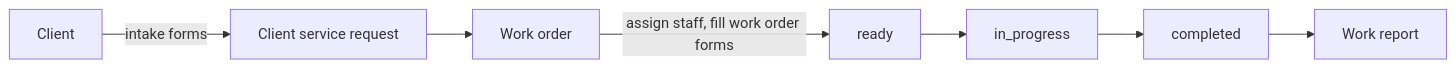
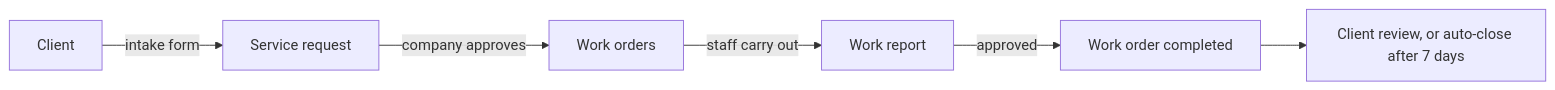
The diagram in content/projects/work-order-management.mdx (NandaFebian/nf-porto), drawn with Mermaid before and after one commit. The commit also changed other lines of this file and 14 other files, not shown here.

````diff
--- a/content/projects/work-order-management.mdx
+++ b/content/projects/work-order-management.mdx
@@ -32,9 +32,8 @@
 ```mermaid
 flowchart LR
-  client[Client] -->|intake forms| csr[Client service request]
-  csr --> wo[Work order]
-  wo -->|assign staff, fill work order forms| ready[ready]
-  ready --> progress[in_progress]
-  progress --> done[completed]
-  done --> report[Work report]
+  client[Client] -->|intake form| sr[Service request]
+  sr -->|company approves| wo[Work orders]
+  wo -->|staff carry out| wr[Work report]
+  wr -->|approved| done[Work order completed]
+  done --> review[Client review, or auto-close after 7 days]
 ```
````
